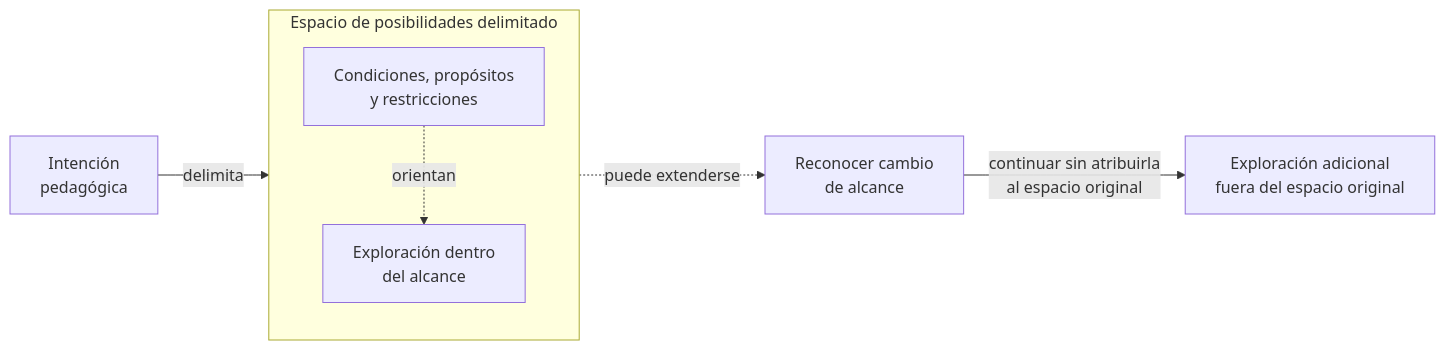
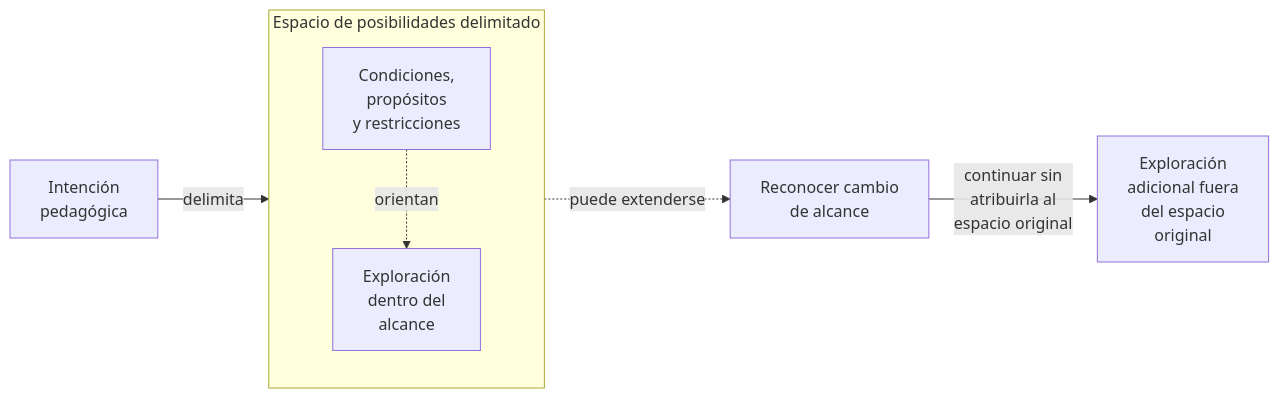
Before and after one commit to the-alive-lab/tdidacta: the diagram in mechanisms/possibility-spaces.md, drawn with Mermaid.

Commit message:
Refine wording in possibility spaces diagram

````diff
--- a/mechanisms/possibility-spaces.md
+++ b/mechanisms/possibility-spaces.md
@@ -19,16 +19,16 @@
 ```mermaid
 flowchart LR
     I["Intención<br/>pedagógica"]
     subgraph S["Espacio de posibilidades delimitado"]
         direction TB
-        D["Condiciones, propósitos<br/>y restricciones"]
-        E["Exploración dentro<br/>del alcance"]
+        D["Condiciones,<br/>propósitos<br/>y restricciones"]
+        E["Exploración<br/>dentro del<br/>alcance"]
         D -.->|"orientan"| E
     end
     X["Reconocer cambio<br/>de alcance"]
-    F["Exploración adicional<br/>fuera del espacio original"]
+    F["Exploración<br/>adicional fuera<br/>del espacio<br/>original"]
 
     I -->|"delimita"| D
     E -.->|"puede extenderse"| X
-    X -->|"continuar sin atribuirla<br/>al espacio original"| F
+    X -->|"continuar sin<br/>atribuirla al<br/>espacio original"| F
 ```
````
